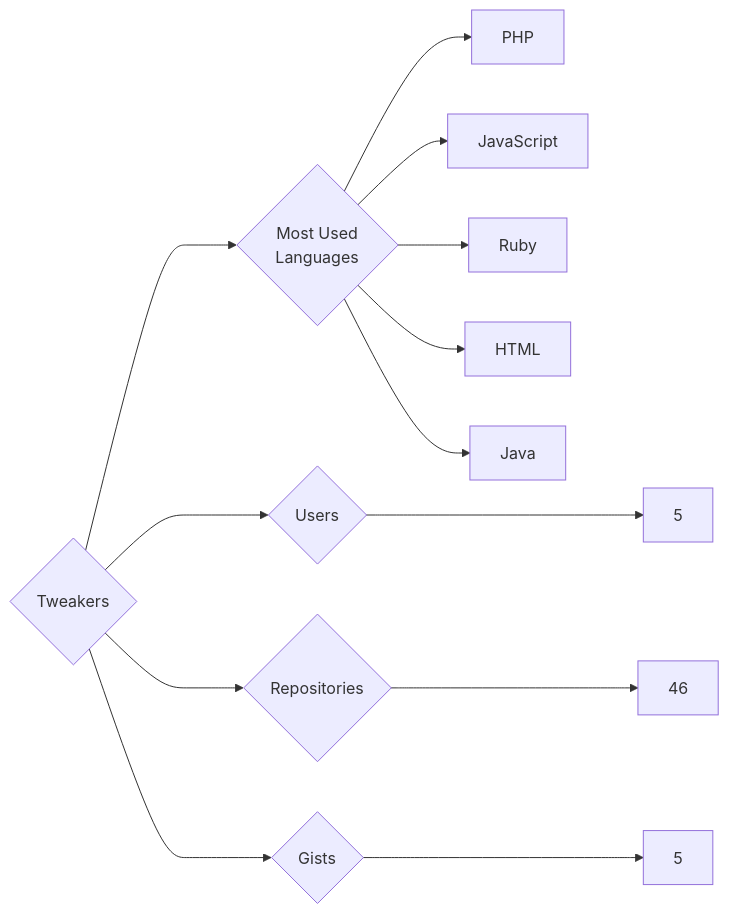
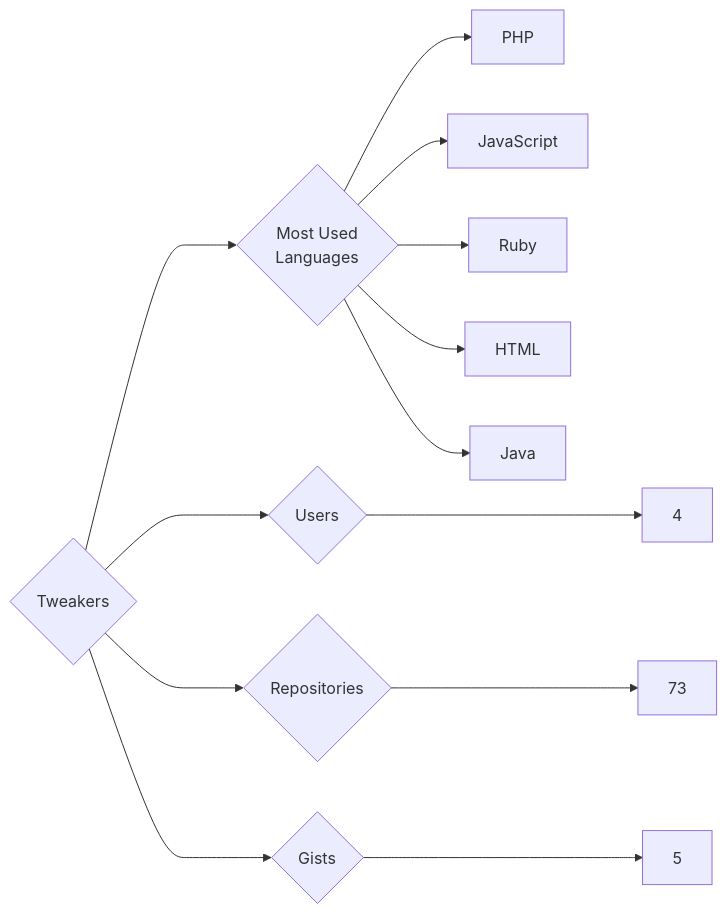
The diagram in targets/Tweakers/README.md (trickest/insiders), drawn with Mermaid before and after one commit. The commit also changed 682 other files, not shown here.

````diff
--- a/targets/Tweakers/README.md
+++ b/targets/Tweakers/README.md
@@ -3,13 +3,13 @@
 ```mermaid
 graph LR
 COMPANY_NAME{Tweakers}
-COMPANY_NAME ---> U{Users} ---> UN[5]
-COMPANY_NAME ---> R{Repositories} ---> RN[46]
+COMPANY_NAME ---> U{Users} ---> UN[4]
+COMPANY_NAME ---> R{Repositories} ---> RN[73]
 COMPANY_NAME ---> G{Gists} ---> GN[5]
 COMPANY_NAME ---> ML{Most Used<br>Languages}
 ML --> PHP[PHP]
 ML --> JavaScript[JavaScript]
 ML --> Ruby[Ruby]
 ML --> HTML[HTML]
 ML --> Java[Java]
 ```
````
